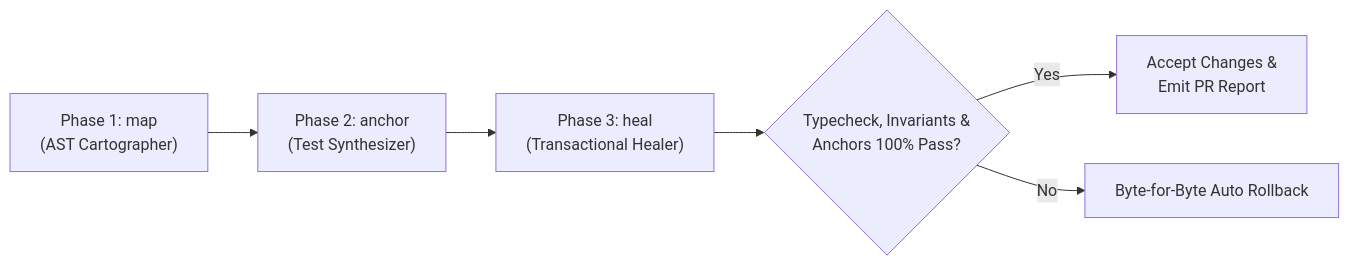
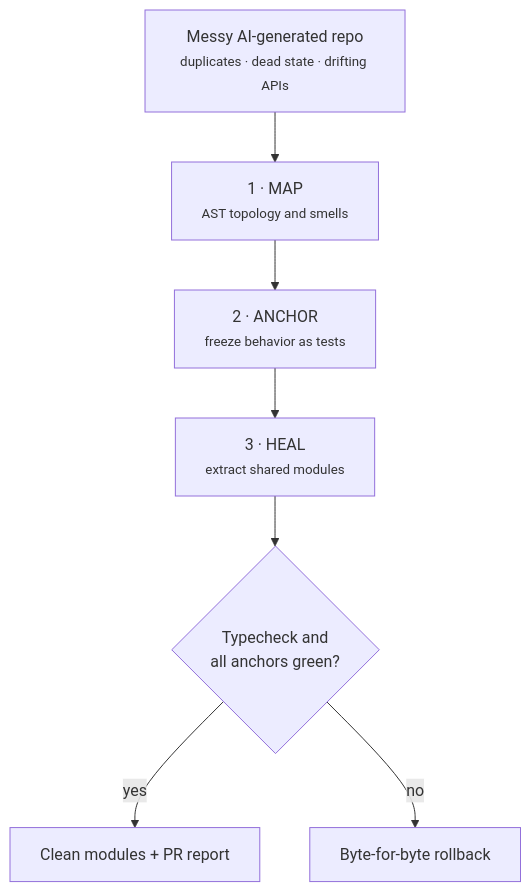
One commit to NeilPant/vibedebt changed the first of 2 diagrams in README.md. Above: the diagram before and after it, drawn with Mermaid. The commit also changed other lines of this file, not shown here.

````diff
--- a/README.md
+++ b/README.md
@@ -131,8 +30,9 @@
 ```mermaid
-flowchart LR
-  A["Phase 1: map<br/>(AST Cartographer)"] --> B["Phase 2: anchor<br/>(Test Synthesizer)"]
-  B --> C["Phase 3: heal<br/>(Transactional Healer)"]
-  C --> D{"Typecheck, Invariants &<br/>Anchors 100% Pass?"}
-  D -->|Yes| E["Accept Changes &<br/>Emit PR Report"]
-  D -->|No| F["Byte-for-Byte Auto Rollback"]
+flowchart TD
+  A["Messy AI-generated repo<br/><small>duplicates · dead state · drifting APIs</small>"] --> B["1 · MAP<br/><small>AST topology and smells</small>"]
+  B --> C["2 · ANCHOR<br/><small>freeze behavior as tests</small>"]
+  C --> D["3 · HEAL<br/><small>extract shared modules</small>"]
+  D --> E{"Typecheck and<br/>all anchors green?"}
+  E -->|yes| F["Clean modules + PR report"]
+  E -->|no| G["Byte-for-byte rollback"]
 ```
````
